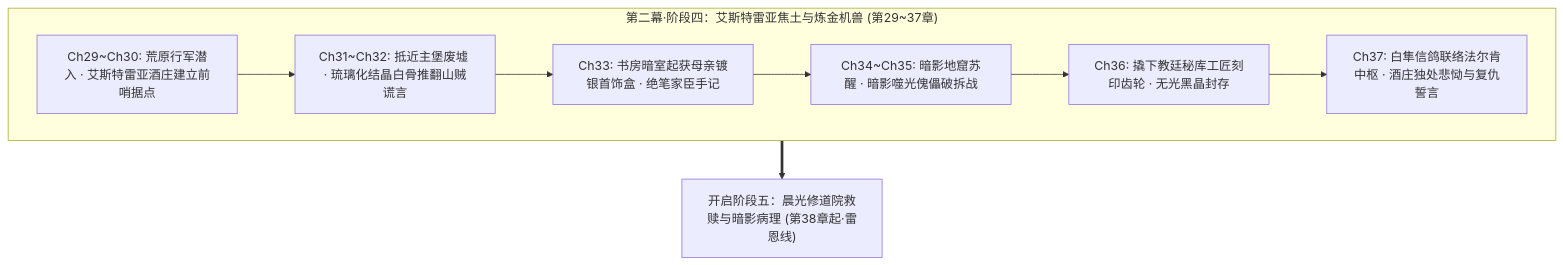
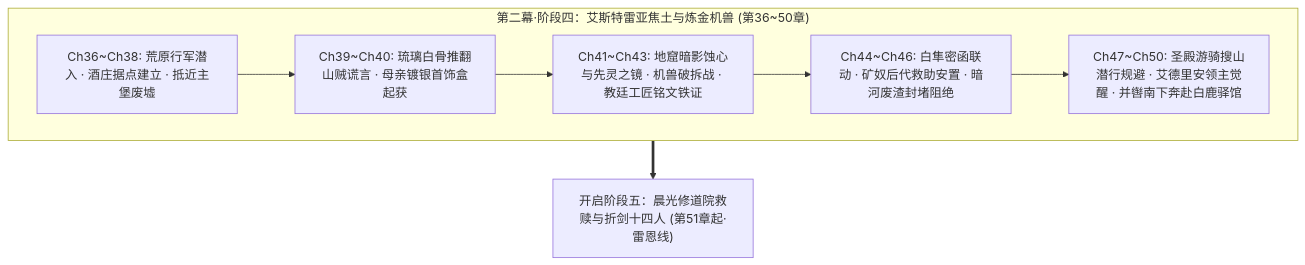
One commit to soranokiseki1437/eldoria-worldbook changed the diagram in 方案/第二部/主线与世界扩充方案/分阶段详规/第二幕_阶段四_艾斯特雷亚焦土与炼金机兽详规.md. Above: the diagram before and after it, drawn with Mermaid. The commit also changed other lines of this file and 28 other files, not shown here.

````diff
--- a/方案/第二部/主线与世界扩充方案/分阶段详规/第二幕_阶段四_艾斯特雷亚焦土与炼金机兽详规.md
+++ b/方案/第二部/主线与世界扩充方案/分阶段详规/第二幕_阶段四_艾斯特雷亚焦土与炼金机兽详规.md
@@ -170,15 +261,14 @@
 ```mermaid
 graph TD
-    subgraph M2S4["第二幕·阶段四：艾斯特雷亚焦土与炼金机兽 (第29~37章)"]
-        S4_1["Ch29~Ch30: 荒原行军潜入 · 艾斯特雷亚酒庄建立前哨据点"]
-        S4_2["Ch31~Ch32: 抵近主堡废墟 · 琉璃化结晶白骨推翻山贼谎言"]
-        S4_3["Ch33: 书房暗室起获母亲镀银首饰盒 · 绝笔家臣手记"]
-        S4_4["Ch34~Ch35: 暗影地窟苏醒 · 暗影噬光傀儡破拆战"]
-        S4_5["Ch36: 撬下教廷秘库工匠刻印齿轮 · 无光黑晶封存"]
-        S4_6["Ch37: 白隼信鸽联络法尔肯中枢 · 酒庄独处悲恸与复仇誓言"]
+    subgraph M2S4["第二幕·阶段四：艾斯特雷亚焦土与炼金机兽 (第36~50章)"]
+        S4_1["Ch36~Ch38: 荒原行军潜入 · 酒庄据点建立 · 抵近主堡废墟"]
+        S4_2["Ch39~Ch40: 琉璃白骨推翻山贼谎言 · 母亲镀银首饰盒起获"]
+        S4_3["Ch41~Ch43: 地窟暗影蚀心与先灵之镜 · 机兽破拆战 · 教廷工匠铭文铁证"]
+        S4_4["Ch44~Ch46: 白隼密函联动 · 矿奴后代救助安置 · 暗河废渣封堵阻绝"]
+        S4_5["Ch47~Ch50: 圣殿游骑搜山潜行规避 · 艾德里安领主觉醒 · 并辔南下奔赴白鹿驿馆"]
         
-        S4_1 --> S4_2 --> S4_3 --> S4_4 --> S4_5 --> S4_6
+        S4_1 --> S4_2 --> S4_3 --> S4_4 --> S4_5
     end
 
-    M2S4 ==> M2S5["开启阶段五：晨光修道院救赎与暗影病理 (第38章起·雷恩线)"]
+    M2S4 ==> M2S5["开启阶段五：晨光修道院救赎与折剑十四人 (第51章起·雷恩线)"]
 ```
````
